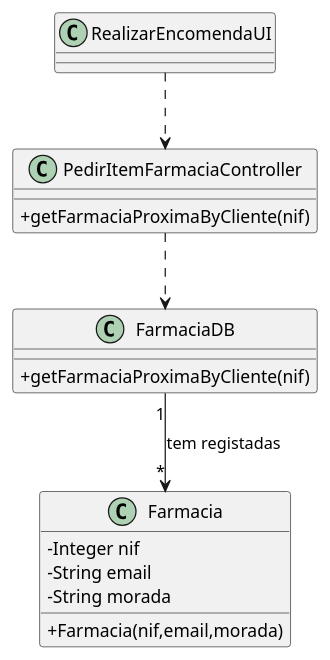
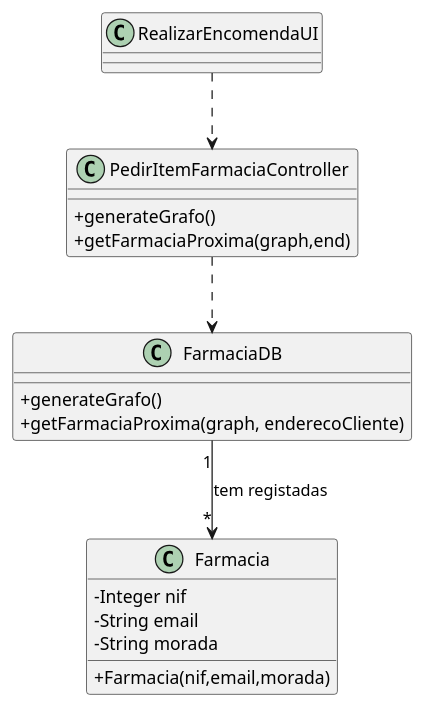
One commit to pedrolemos4/LAPR3 changed the diagram in docs/UC26/CD.puml. Above: the diagram before and after it, drawn with PlantUML. The commit also changed 8 other files, not shown here.

```diff
--- a/docs/UC26/CD.puml
+++ b/docs/UC26/CD.puml
@@ -1,27 +1,29 @@
 @startuml
 skinparam classAttributeIconSize 0
 
 class FarmaciaDB {
-    +getFarmaciaProximaByCliente(nif)
+    +generateGrafo()
+    +getFarmaciaProxima(graph, enderecoCliente)
 }
 
 class Farmacia {
   -Integer nif
   -String email
   -String morada
   +Farmacia(nif,email,morada)
 }
 
 class PedirItemFarmaciaController {
-    +getFarmaciaProximaByCliente(nif)
+    +generateGrafo()
+    +getFarmaciaProxima(graph,end)
 }
 
 class RealizarEncomendaUI {
 }
 
 RealizarEncomendaUI ..> PedirItemFarmaciaController
 PedirItemFarmaciaController ..> FarmaciaDB
 
 FarmaciaDB "1" --> "*" Farmacia : tem registadas
 
 @enduml
```
